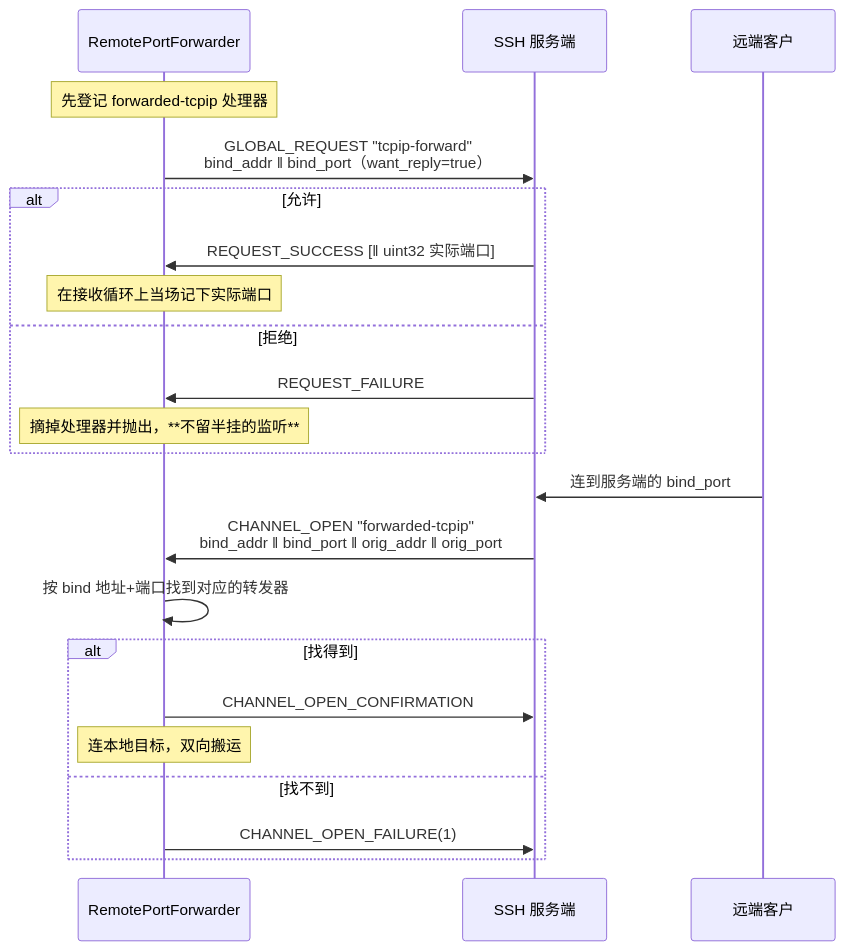
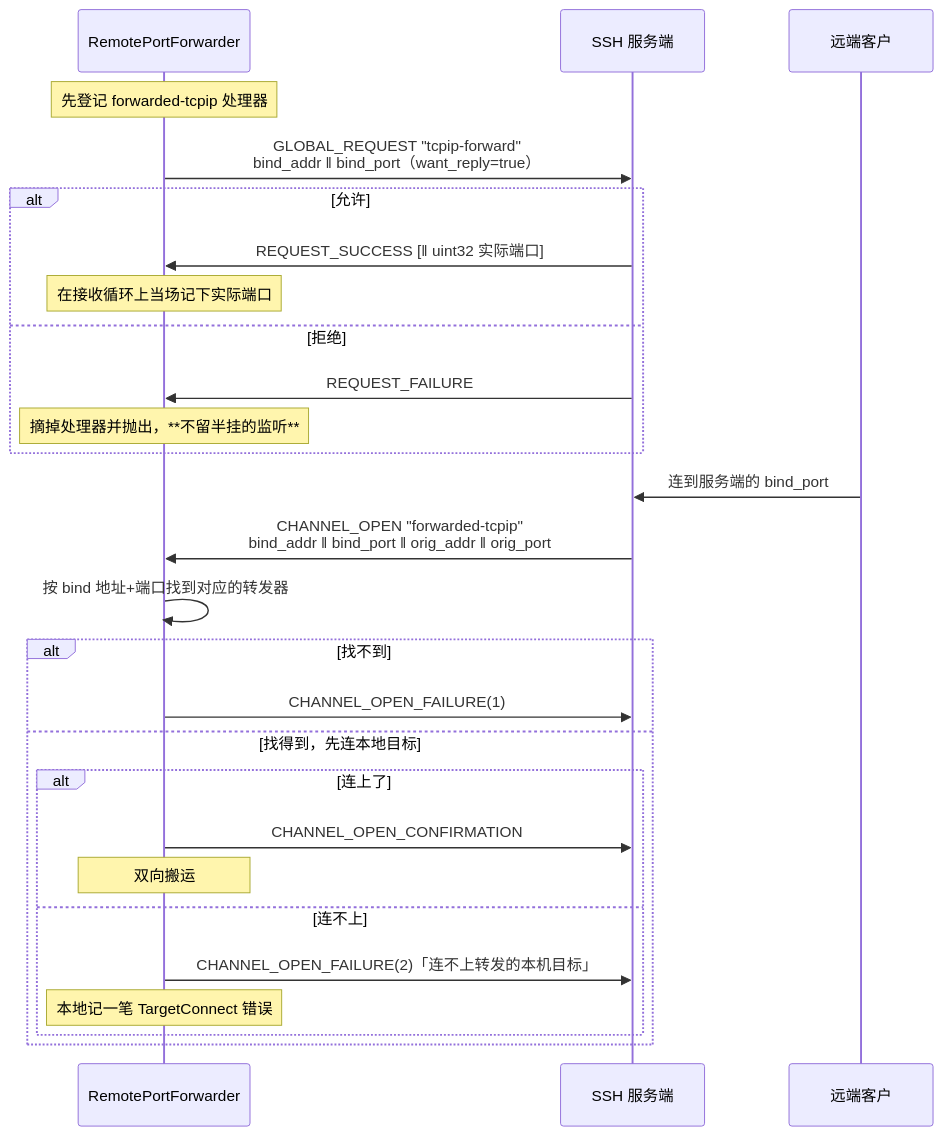
The second of 3 diagrams in zh/ssh/spec/07-forwarding.md (VelaShellLabs/velashell-docs), drawn with Mermaid before and after one commit. The commit also changed other lines of this file and 1 other file, not shown here.

Commit message:
ssh/spec:远程转发先连本机目标再确认,拒绝原因码照实回

````diff
--- a/zh/ssh/spec/07-forwarding.md
+++ b/zh/ssh/spec/07-forwarding.md
@@ -195,26 +195,31 @@
 ```mermaid
 sequenceDiagram
     participant F as RemotePortForwarder
     participant S as SSH 服务端
     participant R as 远端客户
 
     Note over F: 先登记 forwarded-tcpip 处理器
     F->>S: GLOBAL_REQUEST "tcpip-forward"<br/>bind_addr ‖ bind_port（want_reply=true）
     alt 允许
         S->>F: REQUEST_SUCCESS [‖ uint32 实际端口]
         Note over F: 在接收循环上当场记下实际端口
     else 拒绝
         S->>F: REQUEST_FAILURE
         Note over F: 摘掉处理器并抛出，**不留半挂的监听**
     end
 
     R->>S: 连到服务端的 bind_port
     S->>F: CHANNEL_OPEN "forwarded-tcpip"<br/>bind_addr ‖ bind_port ‖ orig_addr ‖ orig_port
     F->>F: 按 bind 地址+端口找到对应的转发器
-    alt 找得到
-        F->>S: CHANNEL_OPEN_CONFIRMATION
-        Note over F: 连本地目标，双向搬运
-    else 找不到
+    alt 找不到
         F->>S: CHANNEL_OPEN_FAILURE(1)
+    else 找得到，先连本地目标
+        alt 连上了
+            F->>S: CHANNEL_OPEN_CONFIRMATION
+            Note over F: 双向搬运
+        else 连不上
+            F->>S: CHANNEL_OPEN_FAILURE(2)「连不上转发的本机目标」
+            Note over F: 本地记一笔 TargetConnect 错误
+        end
     end
 ```
````
